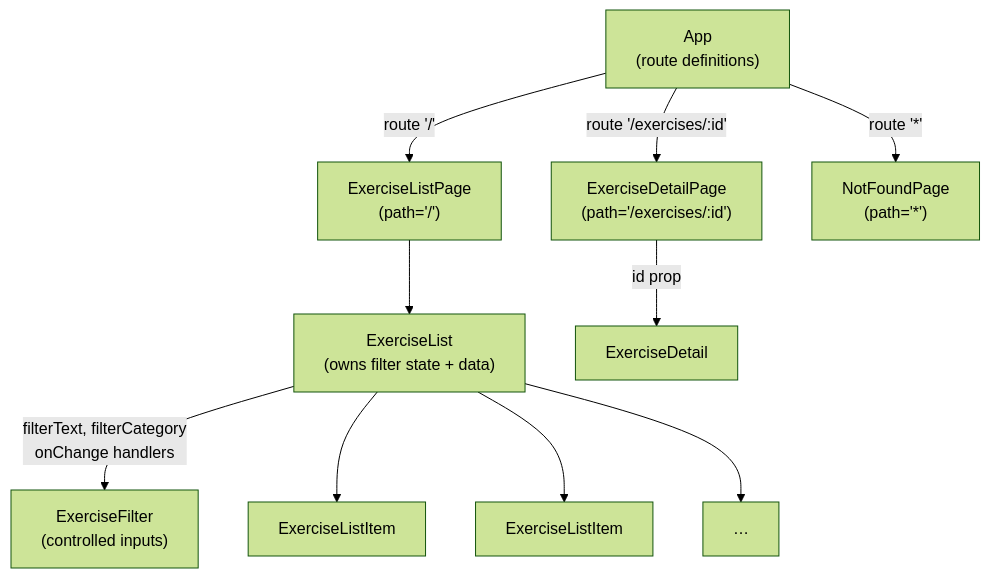
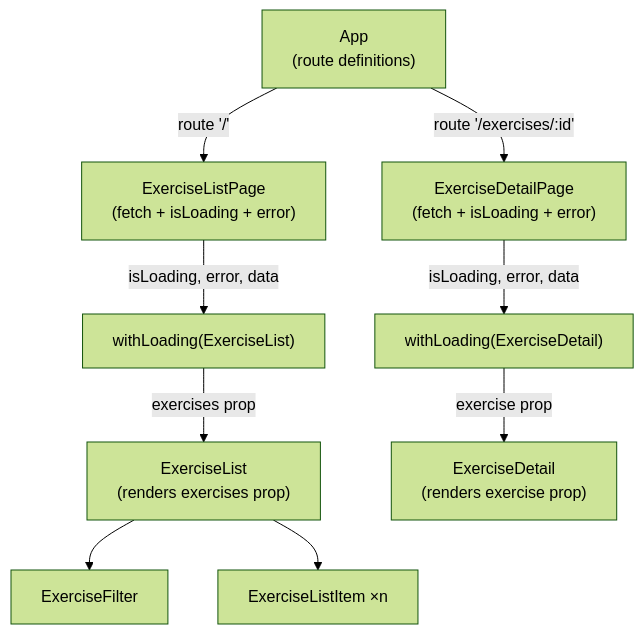
The diagram in README.md (deanvons/tractus-react), drawn with Mermaid (forest theme) before and after one commit. The commit also changed other lines of this file, not shown here.

````diff
--- a/README.md
+++ b/README.md
@@ -193,23 +213,21 @@
 ```mermaid
 graph TD
   App["App\n(route definitions)"]
-  ListPage["ExerciseListPage\n(path='/')"]
-  ExList["ExerciseList\n(owns filter state + data)"]
-  ExFilter["ExerciseFilter\n(controlled inputs)"]
-  ELI1["ExerciseListItem"]
-  ELI2["ExerciseListItem"]
-  ELIn["…"]
-  DetailPage["ExerciseDetailPage\n(path='/exercises/:id')"]
-  ExDetail["ExerciseDetail"]
-  NotFound["NotFoundPage\n(path='*')"]
+  ListPage["ExerciseListPage\n(fetch + isLoading + error)"]
+  WLList["withLoading(ExerciseList)"]
+  ExList["ExerciseList\n(renders exercises prop)"]
+  ExFilter["ExerciseFilter"]
+  ELIn["ExerciseListItem ×n"]
+  DetailPage["ExerciseDetailPage\n(fetch + isLoading + error)"]
+  WLDetail["withLoading(ExerciseDetail)"]
+  ExDetail["ExerciseDetail\n(renders exercise prop)"]
 
   App -->|"route '/'"| ListPage
   App -->|"route '/exercises/:id'"| DetailPage
-  App -->|"route '*'"| NotFound
-  ListPage --> ExList
-  ExList -->|"filterText, filterCategory\nonChange handlers"| ExFilter
-  ExList --> ELI1
-  ExList --> ELI2
+  ListPage -->|"isLoading, error, data"| WLList
+  WLList -->|"exercises prop"| ExList
+  ExList --> ExFilter
   ExList --> ELIn
-  DetailPage -->|"id prop"| ExDetail
+  DetailPage -->|"isLoading, error, data"| WLDetail
+  WLDetail -->|"exercise prop"| ExDetail
 ```
````
